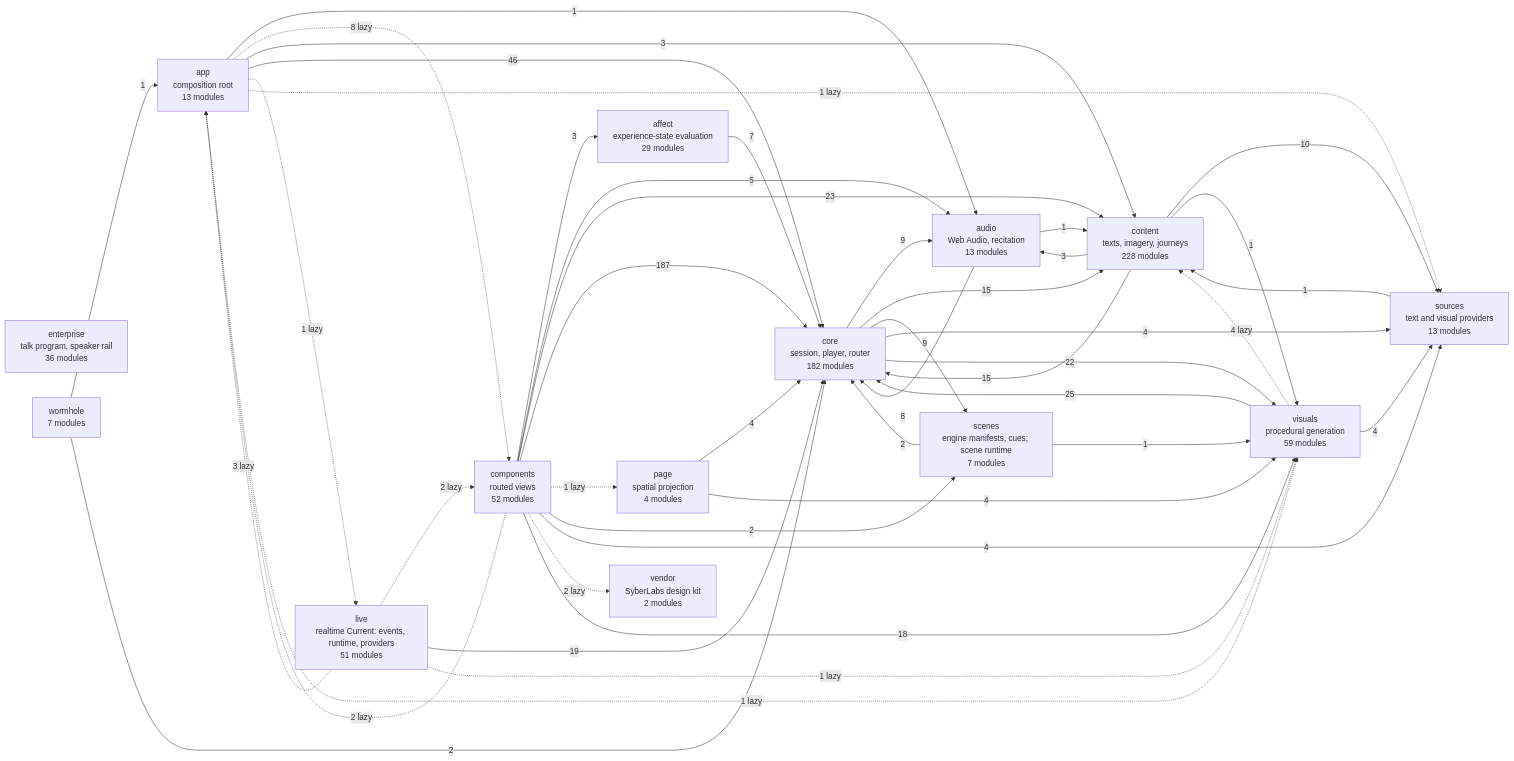
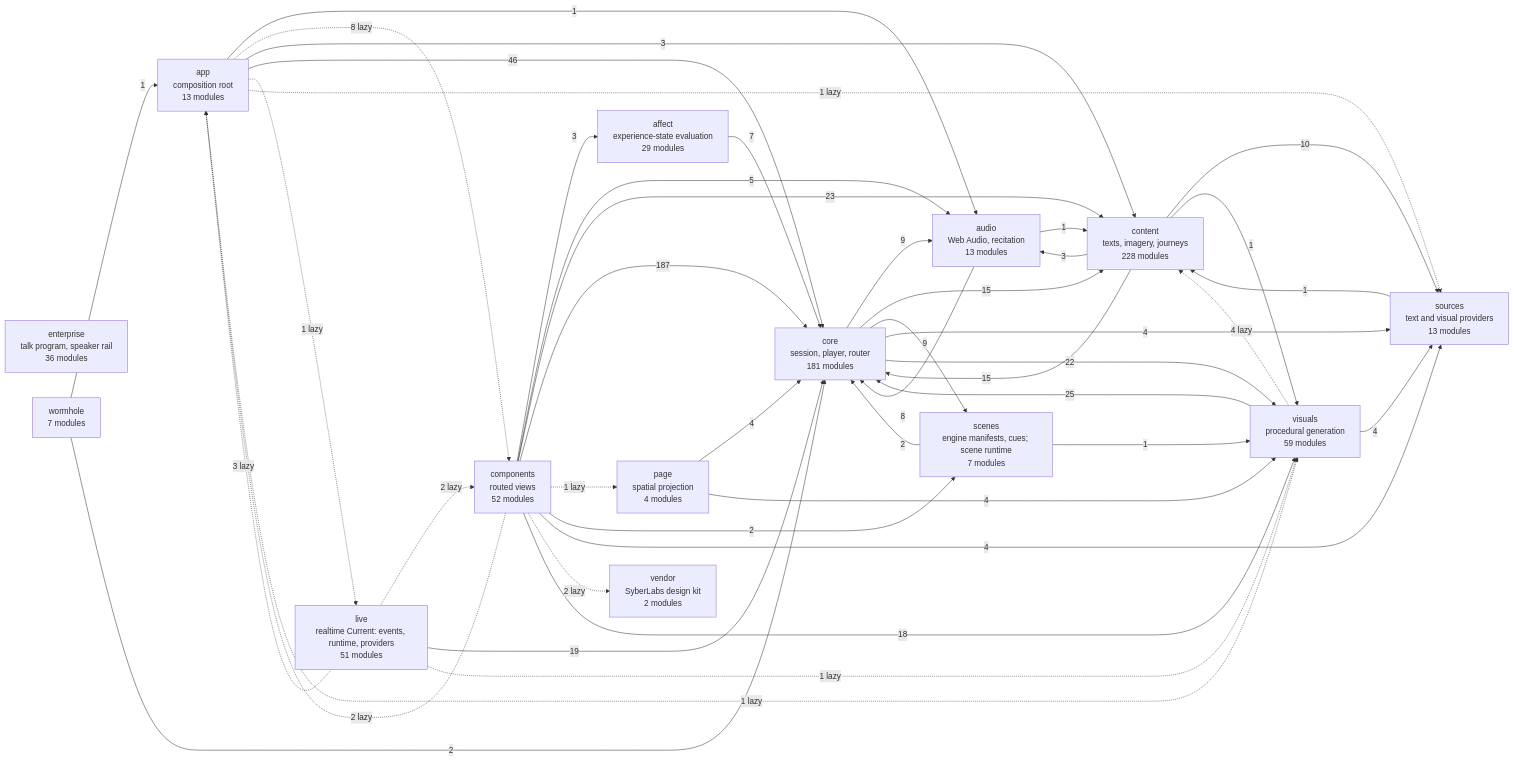
The diagram in docs/specs/ARCHITECTURE.md (SyberLabs/RISE), drawn with Mermaid before and after one commit. The commit also changed other lines of this file and 9 other files, not shown here.

````diff
--- a/docs/specs/ARCHITECTURE.md
+++ b/docs/specs/ARCHITECTURE.md
@@ -156,61 +156,61 @@
 ```mermaid
 flowchart LR
     affect["affect<br/>experience-state evaluation<br/>29 modules"]
     app["app<br/>composition root<br/>13 modules"]
     audio["audio<br/>Web Audio, recitation<br/>13 modules"]
     components["components<br/>routed views<br/>52 modules"]
     content["content<br/>texts, imagery, journeys<br/>228 modules"]
-    core["core<br/>session, player, router<br/>182 modules"]
+    core["core<br/>session, player, router<br/>181 modules"]
     enterprise["enterprise<br/>talk program, speaker rail<br/>36 modules"]
     live["live<br/>realtime Current: events, runtime, providers<br/>51 modules"]
     page["page<br/>spatial projection<br/>4 modules"]
     scenes["scenes<br/>engine manifests, cues; scene runtime<br/>7 modules"]
     sources["sources<br/>text and visual providers<br/>13 modules"]
     vendor["vendor<br/>SyberLabs design kit<br/>2 modules"]
     visuals["visuals<br/>procedural generation<br/>59 modules"]
     wormhole["wormhole<br/>7 modules"]
 
     affect --> |7| core
     app --> |1| audio
     app -.-> |8 lazy| components
     app --> |3| content
     app --> |46| core
     app -.-> |1 lazy| live
     app -.-> |1 lazy| sources
     app -.-> |1 lazy| visuals
     audio --> |1| content
     audio --> |8| core
     components --> |3| affect
     components -.-> |2 lazy| app
     components --> |5| audio
     components --> |23| content
     components --> |187| core
     components -.-> |1 lazy| page
     components --> |2| scenes
     components --> |4| sources
     components -.-> |2 lazy| vendor
     components --> |18| visuals
     content --> |3| audio
     content --> |15| core
     content --> |10| sources
     content --> |1| visuals
     core --> |9| audio
     core --> |15| content
     core --> |9| scenes
     core --> |4| sources
     core --> |22| visuals
     live -.-> |3 lazy| app
     live -.-> |2 lazy| components
     live --> |19| core
     live -.-> |1 lazy| visuals
     page --> |4| core
     page --> |4| visuals
     scenes --> |2| core
     scenes --> |1| visuals
     sources --> |1| content
     visuals -.-> |4 lazy| content
     visuals --> |25| core
     visuals --> |4| sources
     wormhole --> |1| app
     wormhole --> |2| core
 ```
````
